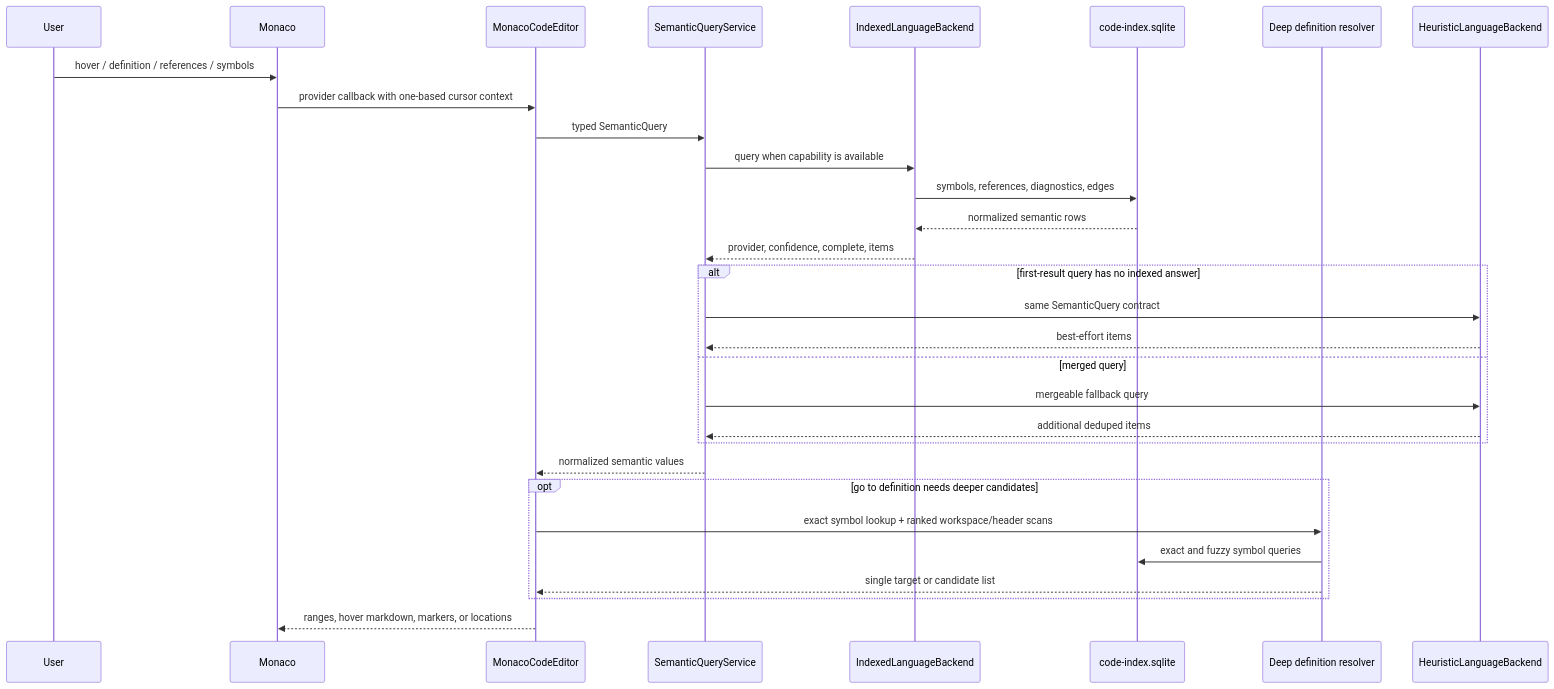
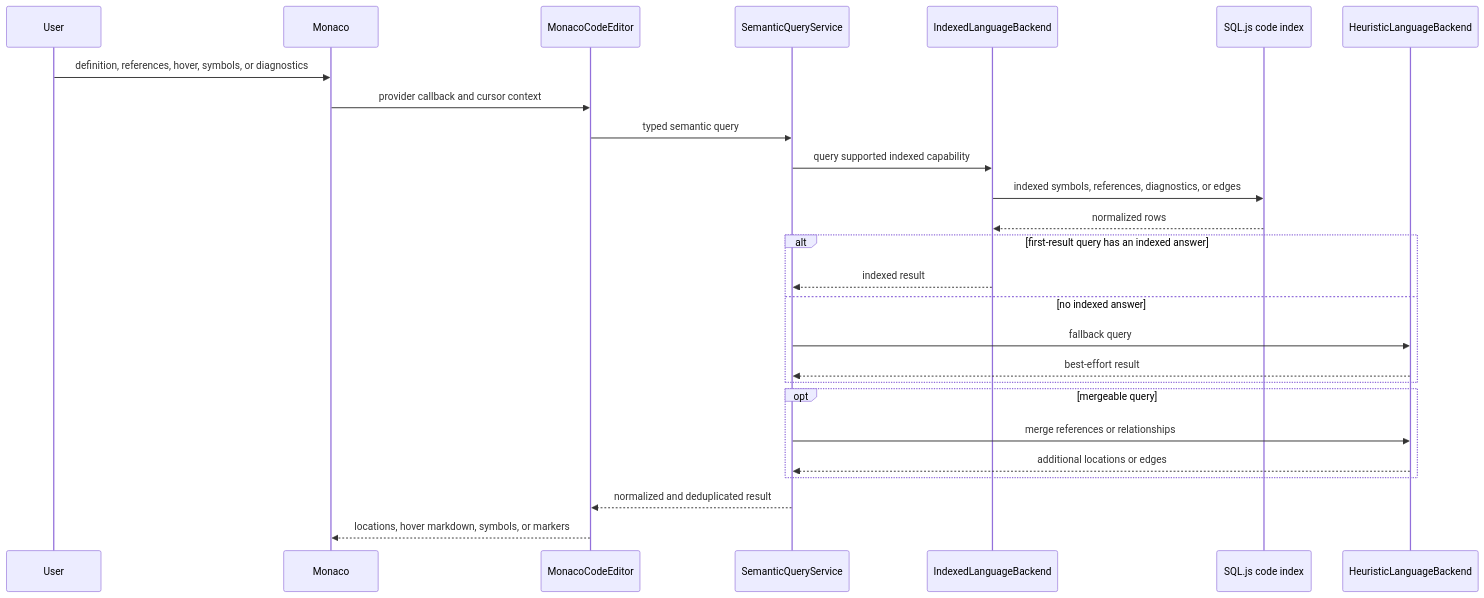
The third of 3 diagrams in README.md (pkill37/gitshaman.com), drawn with Mermaid before and after one commit. The commit also changed other lines of this file and 28 other files, not shown here.

````diff
--- a/README.md
+++ b/README.md
@@ -128,33 +136,29 @@
 ```mermaid
 sequenceDiagram
   participant User
   participant Monaco
   participant Editor as MonacoCodeEditor
   participant Service as SemanticQueryService
   participant Indexed as IndexedLanguageBackend
-  participant SQLite as code-index.sqlite
-  participant Resolver as Deep definition resolver
+  participant SQLite as SQL.js code index
   participant Heuristic as HeuristicLanguageBackend
 
-  User->>Monaco: hover / definition / references / symbols
-  Monaco->>Editor: provider callback with one-based cursor context
-  Editor->>Service: typed SemanticQuery
-  Service->>Indexed: query when capability is available
-  Indexed->>SQLite: symbols, references, diagnostics, edges
-  SQLite-->>Indexed: normalized semantic rows
-  Indexed-->>Service: provider, confidence, complete, items
-  alt first-result query has no indexed answer
-    Service->>Heuristic: same SemanticQuery contract
-    Heuristic-->>Service: best-effort items
-  else merged query
-    Service->>Heuristic: mergeable fallback query
-    Heuristic-->>Service: additional deduped items
+  User->>Monaco: definition, references, hover, symbols, or diagnostics
+  Monaco->>Editor: provider callback and cursor context
+  Editor->>Service: typed semantic query
+  Service->>Indexed: query supported indexed capability
+  Indexed->>SQLite: indexed symbols, references, diagnostics, or edges
+  SQLite-->>Indexed: normalized rows
+  alt first-result query has an indexed answer
+    Indexed-->>Service: indexed result
+  else no indexed answer
+    Service->>Heuristic: fallback query
+    Heuristic-->>Service: best-effort result
   end
-  Service-->>Editor: normalized semantic values
-  opt go to definition needs deeper candidates
-    Editor->>Resolver: exact symbol lookup + ranked workspace/header scans
-    Resolver->>SQLite: exact and fuzzy symbol queries
-    Resolver-->>Editor: single target or candidate list
+  opt mergeable query
+    Service->>Heuristic: merge references or relationships
+    Heuristic-->>Service: additional locations or edges
   end
-  Editor-->>Monaco: ranges, hover markdown, markers, or locations
+  Service-->>Editor: normalized and deduplicated result
+  Editor-->>Monaco: locations, hover markdown, symbols, or markers
 ```
````
